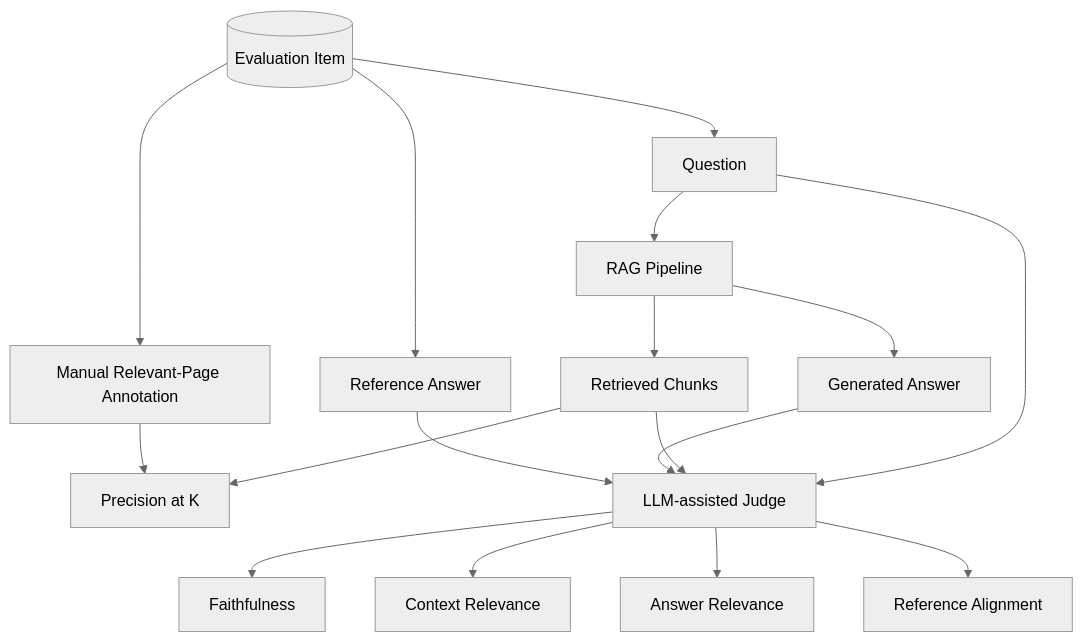
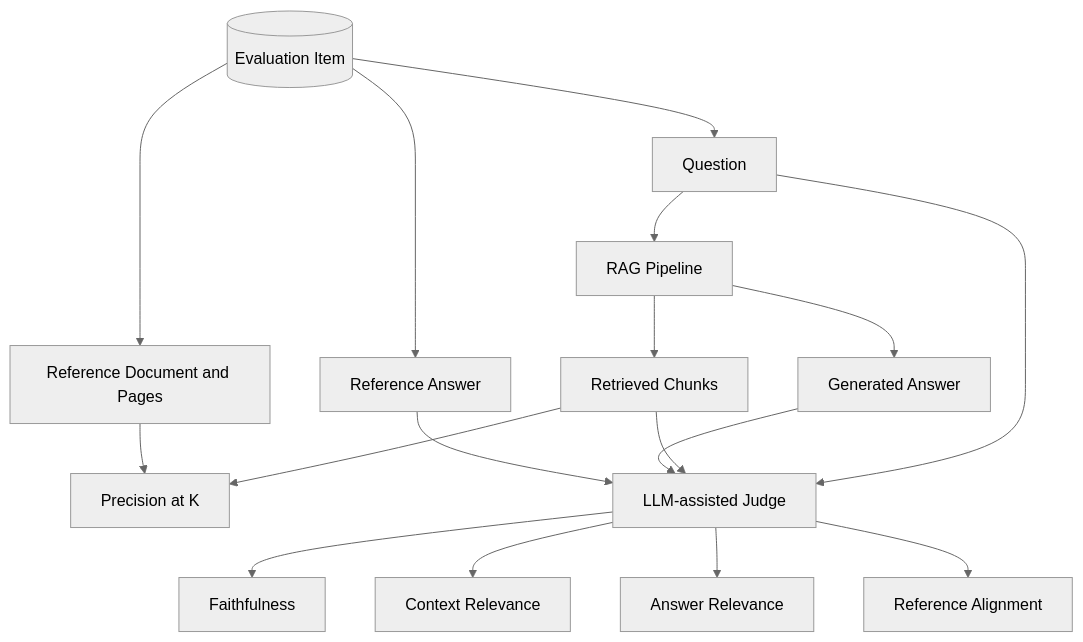
One commit to soumailaniampa11/multimodal-genai-decision-support changed the second of 2 diagrams in README.md. Above: the diagram before and after it, drawn with Mermaid (neutral theme). The commit also changed other lines of this file and 20 other files, not shown here.

````diff
--- a/README.md
+++ b/README.md
@@ -288,31 +319,31 @@
 ```mermaid
 flowchart TB
 
     D[(Evaluation Item)]
 
     Q[Question]
-    RP[Manual Relevant-Page Annotation]
+    RP[Reference Document and Pages]
     RA[Reference Answer]
 
     D --> Q
     D --> RP
     D --> RA
 
     Q --> RAG[RAG Pipeline]
 
     RAG --> RC[Retrieved Chunks]
     RAG --> GA[Generated Answer]
 
     RC --> P[Precision at K]
     RP --> P
 
     Q --> J[LLM-assisted Judge]
     RC --> J
     GA --> J
     RA --> J
 
     J --> F[Faithfulness]
     J --> CR[Context Relevance]
     J --> AR[Answer Relevance]
     J --> AL[Reference Alignment]
 ```
````
